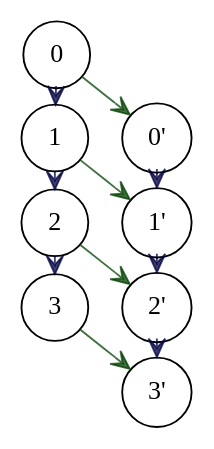
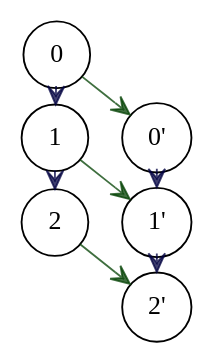
Before and after one commit to mfixman/Tesis: the diagram in Tesis/figures/mlrelationships.dot, drawn with Graphviz. The commit also changed 7 other files, not shown here.

```diff
--- a/Tesis/figures/mlrelationships.dot
+++ b/Tesis/figures/mlrelationships.dot
@@ -1,41 +1,36 @@
 digraph G {
 	ratio = "compress"
 	ranksep = 0
 	
 	node[shape=circle]
 	edge[arrowhead="vee"]
 
-	0; 1; 2; 3
+	0; 1; 2;
 
 	d0p[label = "0'"]
 	d1p[label = "1'"]
 	d2p[label = "2'"]
-	d3p[label = "3'"]
 
 	inv0[style = "invis", label = ""]
-	inv3[style = "invis", label = ""]
+	inv2[style = "invis", label = ""]
 
 	{rank = source; 0; inv0}
 	{rank = same; 1; d0p}
 	{rank = same; 2; d1p}
-	{rank = same; 3; d2p}
-	{rank = sink; inv3; d3p}
+	{rank = sink; inv2; d2p}
 
 	edge[color="#004000C0"]
 	0 -> d0p
 	1 -> d1p
 	2 -> d2p
-	3 -> d3p
 
 	edge[color="#000040C0"]
 	0 -> 1
 	1 -> 2
-	2 -> 3
 	d0p -> d1p
 	d1p -> d2p
-	d2p -> d3p
 
 	edge[style = "invis"]
 	inv0 -> d0p
-	3 -> inv3
+	2 -> inv2
 }
```
